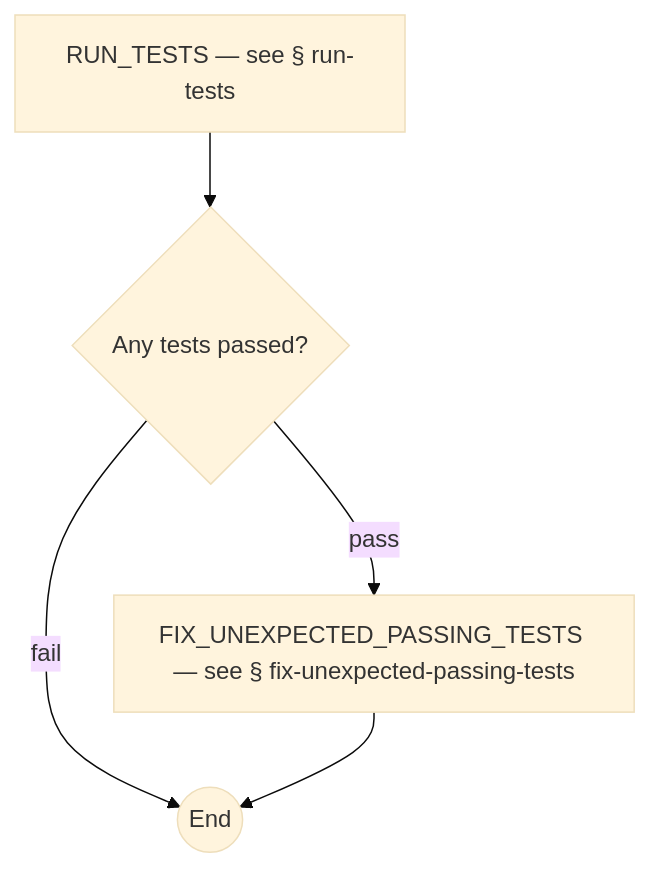
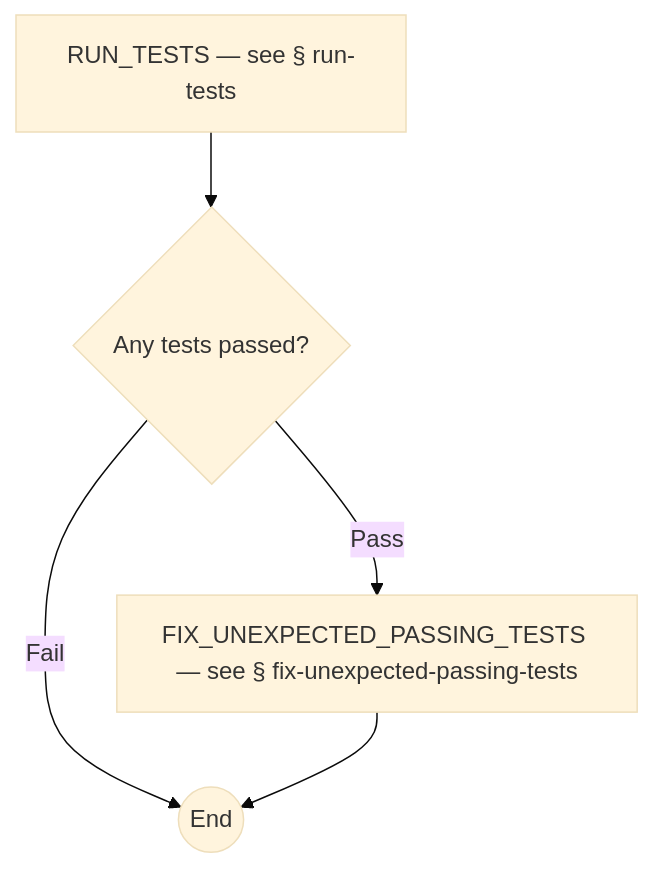
Diagram 25 of 50 in docs/process-diagram.md (optivem/gh-optivem), drawn with Mermaid (base theme) before and after one commit. The commit also changed other lines of this file and 3 other files, not shown here.

````diff
--- a/docs/process-diagram.md
+++ b/docs/process-diagram.md
@@ -475,12 +475,12 @@
 ```mermaid
 flowchart TD
     FIX_UNEXPECTED_PASSING_TESTS[FIX_UNEXPECTED_PASSING_TESTS — see § fix-unexpected-passing-tests]
     GATE_TESTS_OUTCOME{Any tests passed?}
     RUN_TESTS[RUN_TESTS — see § run-tests]
     VERIFY_FAIL_END((End))
 
     RUN_TESTS --> GATE_TESTS_OUTCOME
-    GATE_TESTS_OUTCOME -- pass --> FIX_UNEXPECTED_PASSING_TESTS
-    GATE_TESTS_OUTCOME -- fail --> VERIFY_FAIL_END
+    GATE_TESTS_OUTCOME -- Pass --> FIX_UNEXPECTED_PASSING_TESTS
+    GATE_TESTS_OUTCOME -- Fail --> VERIFY_FAIL_END
     FIX_UNEXPECTED_PASSING_TESTS --> VERIFY_FAIL_END
 ```
````
